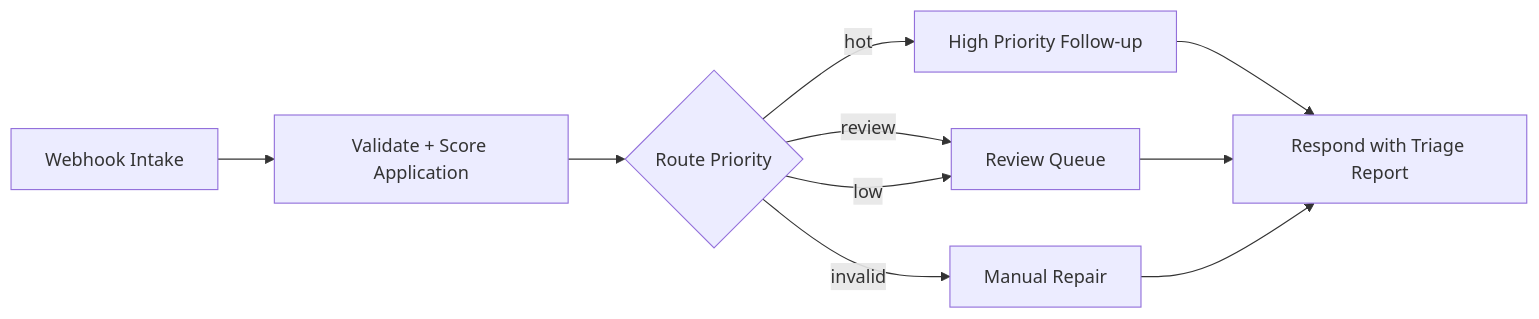
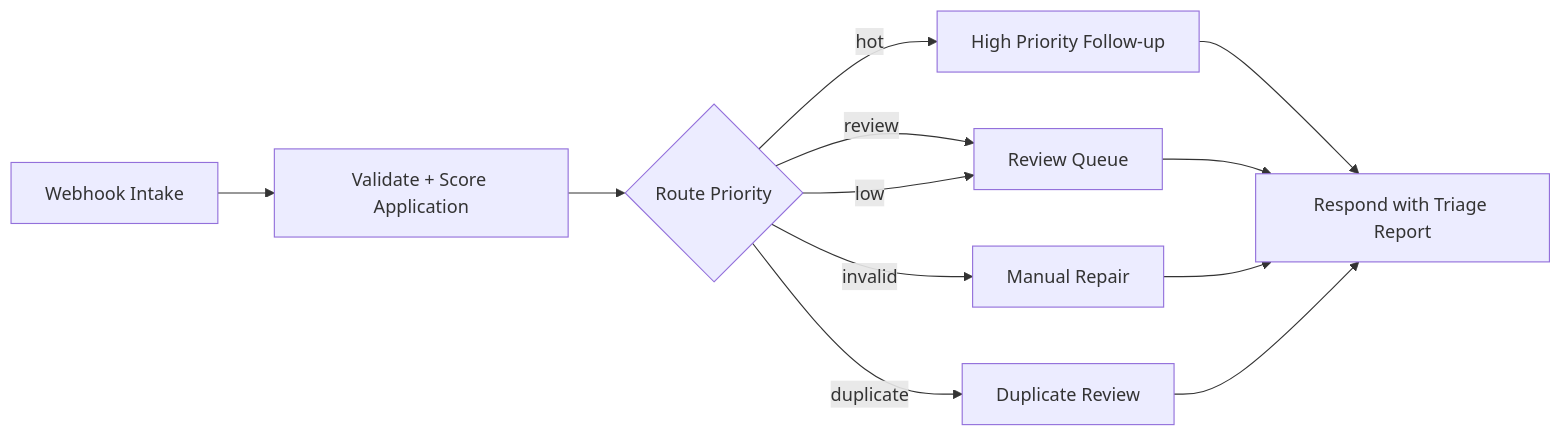
One commit to utyagi005/workflows changed the diagram in README.md. Above: the diagram before and after it, drawn with Mermaid. The commit also changed other lines of this file and 19 other files, not shown here.

````diff
--- a/README.md
+++ b/README.md
@@ -38,12 +45,14 @@
 ```mermaid
 flowchart LR
   A["Webhook Intake"] --> B["Validate + Score Application"]
   B --> C{"Route Priority"}
   C -->|hot| D["High Priority Follow-up"]
   C -->|review| E["Review Queue"]
   C -->|invalid| F["Manual Repair"]
+  C -->|duplicate| H["Duplicate Review"]
   C -->|low| E
   D --> G["Respond with Triage Report"]
   E --> G
   F --> G
+  H --> G
 ```
````
